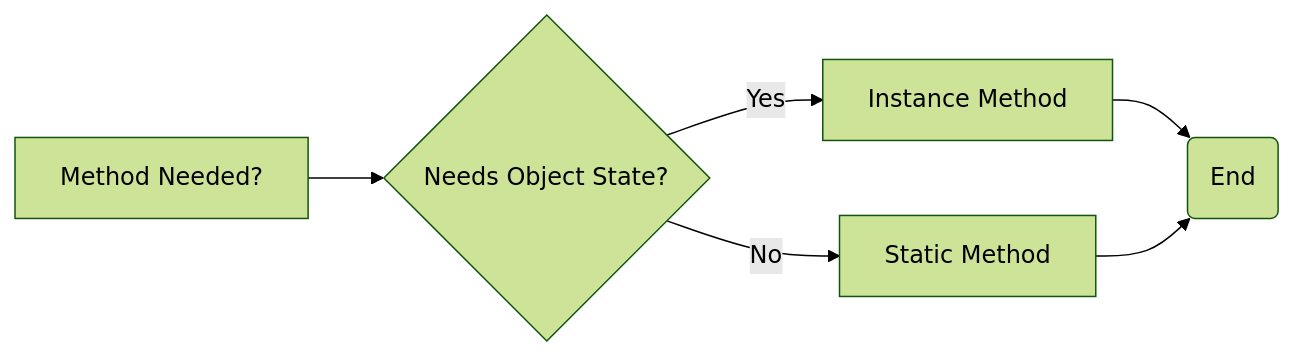
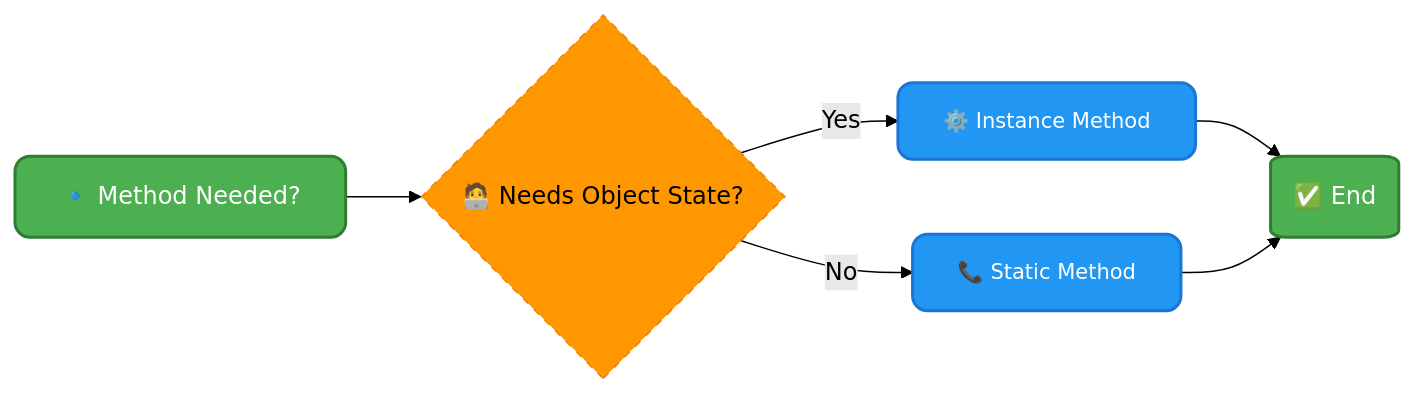
Before and after one commit to infoyouth/infoyouth.github.io: the second of 5 diagrams in _posts/2024-12-25-11.-methods-in-java.md, drawn with Mermaid (forest theme). The commit also changed other lines of this file and 1 other file, not shown here.

````diff
--- a/_posts/2024-12-25-11.-methods-in-java.md
+++ b/_posts/2024-12-25-11.-methods-in-java.md
@@ -232,8 +249,20 @@
-    ```mermaid
-    graph LR
-        A[Method Needed?] --> B{Needs Object State?};
-        B -- Yes --> C[Instance Method];
-        B -- No --> D[Static Method];
-        C --> E(End);
-        D --> E;
-    ```
+  ```mermaid
+  graph LR
+      A[🔹 Method Needed?] --> B{🧑‍💻 Needs Object State?}
+      B -- Yes --> C[⚙️ Instance Method]
+      B -- No --> D[📞 Static Method]
+      C --> E(✅ End)
+      D --> E
+
+      class A startNode
+      class B decisionNode
+      class C processNode
+      class D processNode
+      class E returnNode
+
+      classDef startNode fill:#4CAF50,stroke:#2E7D32,color:#FFFFFF,font-size:16px,stroke-width:2px,rx:10px;
+      classDef processNode fill:#2196F3,stroke:#1976D2,color:#FFFFFF,font-size:14px,stroke-width:2px,rx:10px;
+      classDef decisionNode fill:#FF9800,stroke:#F57C00,color:#000000,font-size:16px,stroke-dasharray: 5,5;
+      classDef returnNode fill:#4CAF50,stroke:#2E7D32,color:#FFFFFF,font-size:16px,stroke-width:2px,rx:10px;
+
+  ```
````
